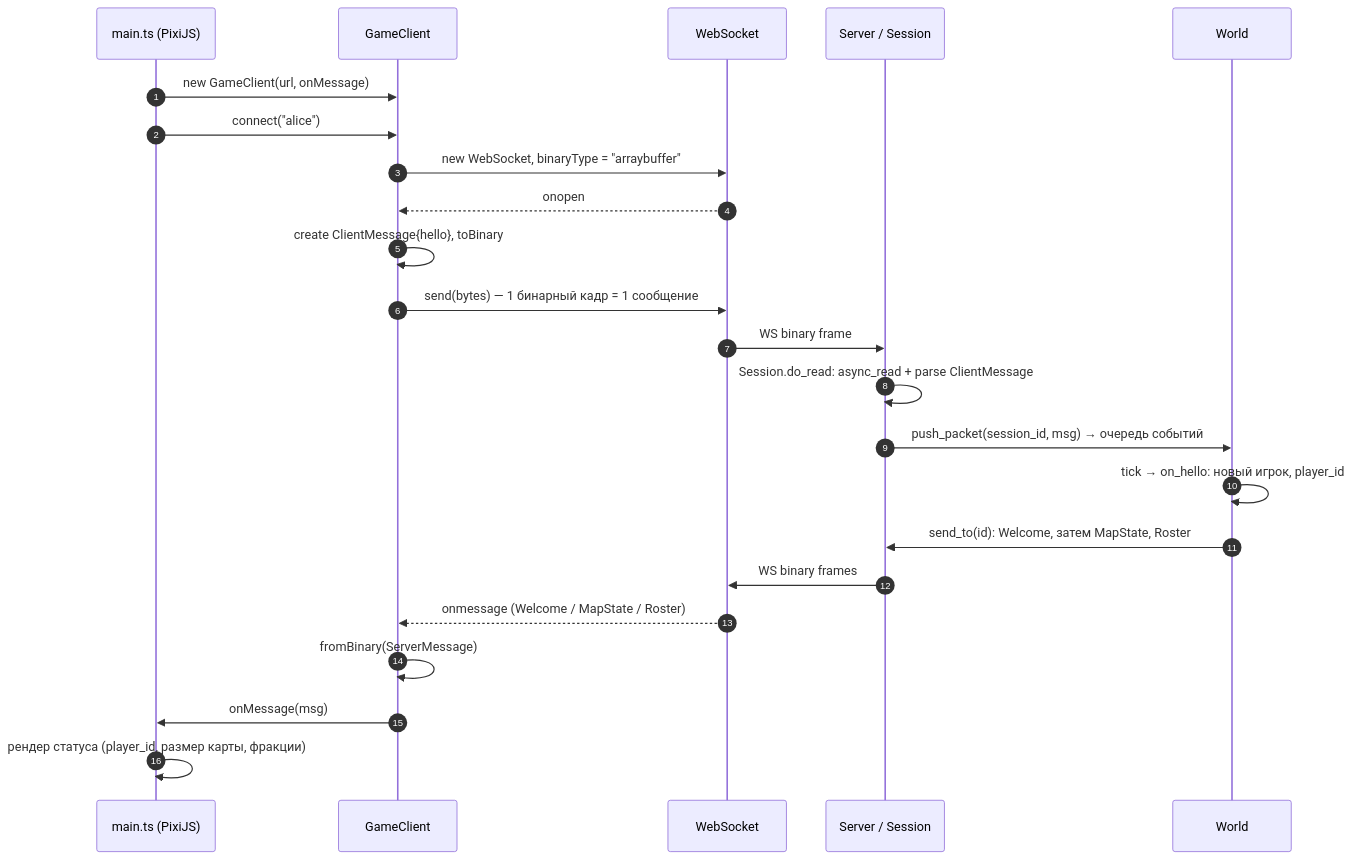
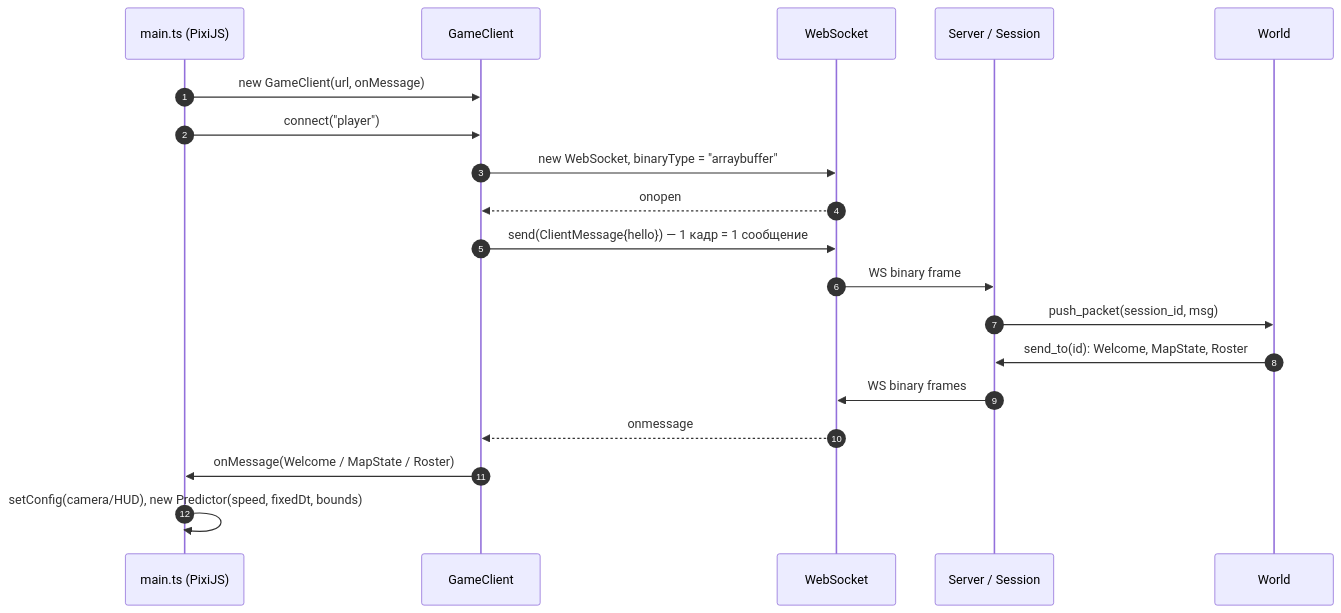
Before and after one commit to litcxx/Game: the first of 3 diagrams in client/docs/sequence-diagram.md, drawn with Mermaid. The commit also changed other lines of this file and 5 other files, not shown here.

Commit message:
docs: refresh for fixed-timestep, prediction/interpolation, camera, HUD, minimap

````diff
--- a/client/docs/sequence-diagram.md
+++ b/client/docs/sequence-diagram.md
@@ -10,29 +14,22 @@
 ```mermaid
 sequenceDiagram
     autonumber
     participant main as main.ts (PixiJS)
     participant net as GameClient
     participant ws as WebSocket
     participant srv as Server / Session
     participant world as World
 
     main->>net: new GameClient(url, onMessage)
-    main->>net: connect("alice")
+    main->>net: connect("player")
     net->>ws: new WebSocket, binaryType = "arraybuffer"
-
     ws-->>net: onopen
-    net->>net: create ClientMessage{hello}, toBinary
-    net->>ws: send(bytes) — 1 бинарный кадр = 1 сообщение
+    net->>ws: send(ClientMessage{hello}) — 1 кадр = 1 сообщение
     ws->>srv: WS binary frame
-
-    srv->>srv: Session.do_read: async_read + parse ClientMessage
-    srv->>world: push_packet(session_id, msg) → очередь событий
-    world->>world: tick → on_hello: новый игрок, player_id
-    world->>srv: send_to(id): Welcome, затем MapState, Roster
+    srv->>world: push_packet(session_id, msg)
+    world->>srv: send_to(id): Welcome, MapState, Roster
     srv->>ws: WS binary frames
-
-    ws-->>net: onmessage (Welcome / MapState / Roster)
-    net->>net: fromBinary(ServerMessage)
-    net->>main: onMessage(msg)
-    main->>main: рендер статуса (player_id, размер карты, фракции)
+    ws-->>net: onmessage
+    net->>main: onMessage(Welcome / MapState / Roster)
+    main->>main: setConfig(camera/HUD), new Predictor(speed, fixedDt, bounds)
 ```
````
